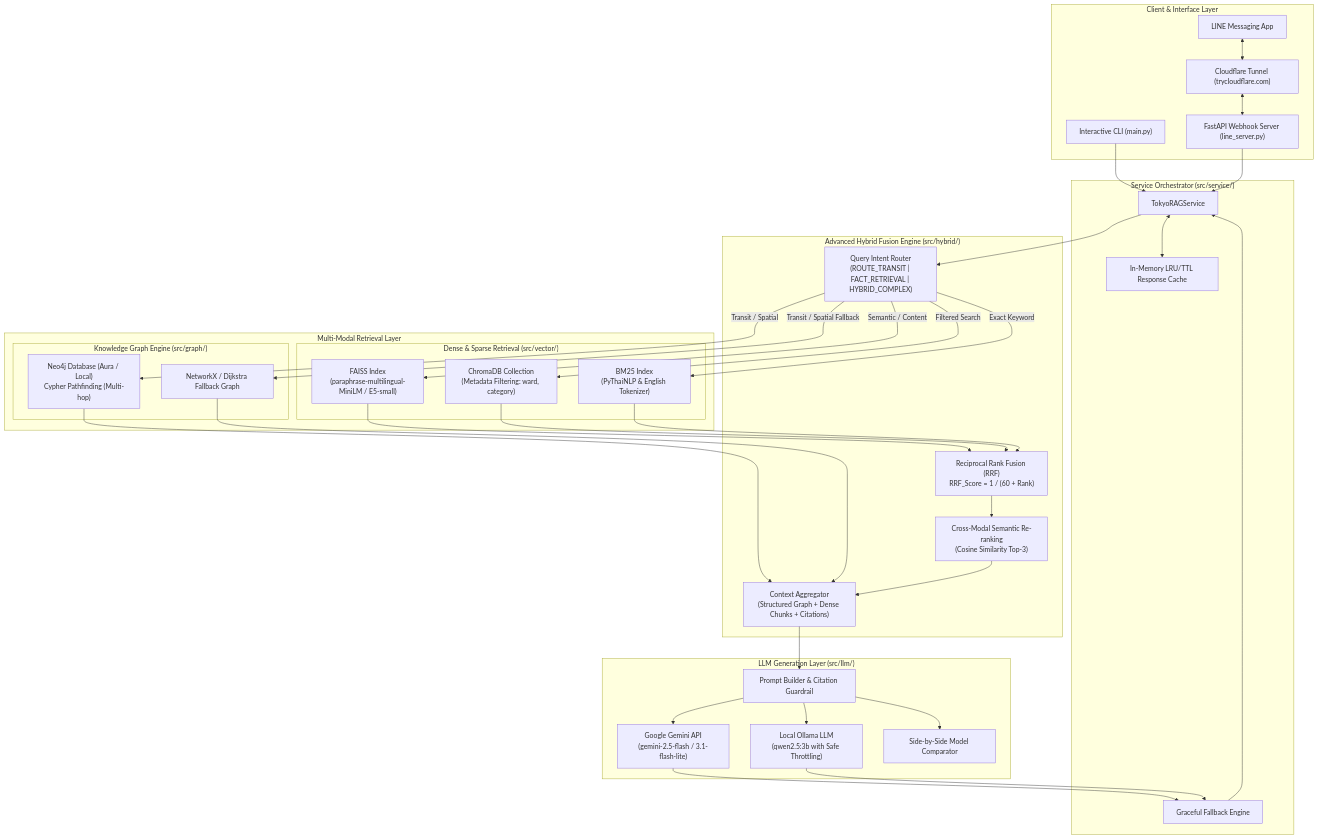
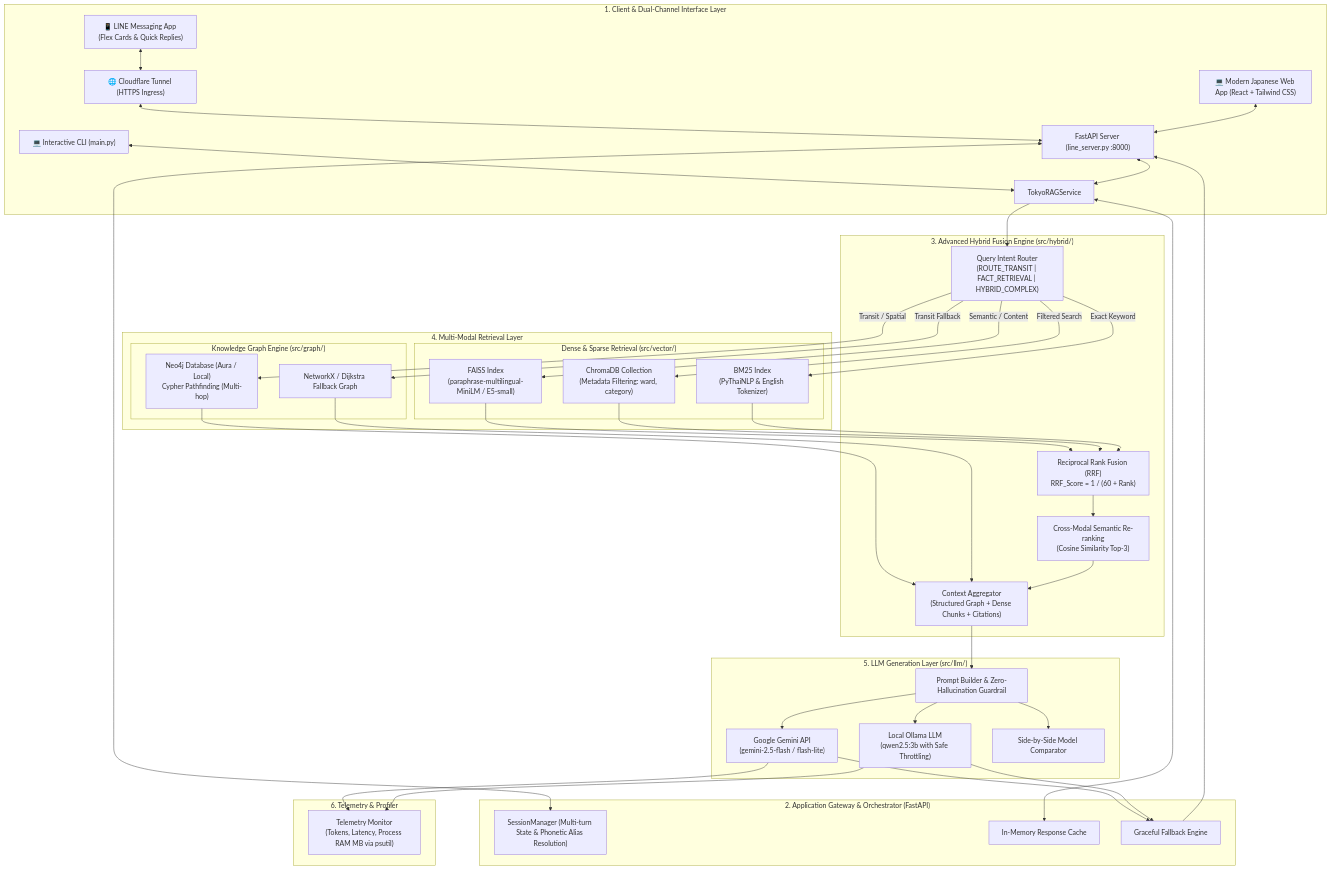
One commit to xhier2547/Rag_Tokyo_Line changed the diagram in README.md. Above: the diagram before and after it, drawn with Mermaid. The commit also changed other lines of this file and 1 other file, not shown here.

````diff
--- a/README.md
+++ b/README.md
@@ -49,64 +52,73 @@
 ```mermaid
 flowchart TD
-    subgraph ClientLayer ["Client & Interface Layer"]
-        CLI["Interactive CLI (main.py)"]
-        LINE["LINE Messaging App"]
-        WebHook["FastAPI Webhook Server (line_server.py)"]
-        Tunnel["Cloudflare Tunnel (trycloudflare.com)"]
-        LINE <--> Tunnel <--> WebHook
+    subgraph ClientLayer ["1. Client & Dual-Channel Interface Layer"]
+        LINE["📱 LINE Messaging App (Flex Cards & Quick Replies)"]
+        WEB["💻 Modern Japanese Web App (React + Tailwind CSS)"]
+        CLI["💻 Interactive CLI (main.py)"]
+        TUNNEL["🌐 Cloudflare Tunnel (HTTPS Ingress)"]
+        LINE <--> TUNNEL <--> WebHook
+        WEB <--> WebHook
+        CLI <--> RAGService
     end
 
-    subgraph ServiceLayer ["Service Orchestrator (src/service/)"]
+    subgraph ServiceLayer ["2. Application Gateway & Orchestrator (FastAPI)"]
+        WebHook["FastAPI Server (line_server.py :8000)"]
+        SessionMgr["SessionManager (Multi-turn State & Phonetic Alias Resolution)"]
         RAGService["TokyoRAGService"]
-        Cache["In-Memory LRU/TTL Response Cache"]
+        Cache["In-Memory Response Cache"]
         Fallback["Graceful Fallback Engine"]
+        WebHook <--> SessionMgr
+        WebHook <--> RAGService
+        RAGService <--> Cache
     end
 
-    subgraph HybridEngine ["Advanced Hybrid Fusion Engine (src/hybrid/)"]
+    subgraph HybridEngine ["3. Advanced Hybrid Fusion Engine (src/hybrid/)"]
         Router["Query Intent Router\n(ROUTE_TRANSIT | FACT_RETRIEVAL | HYBRID_COMPLEX)"]
         RRF["Reciprocal Rank Fusion (RRF)\nRRF_Score = 1 / (60 + Rank)"]
         ReRanker["Cross-Modal Semantic Re-ranking\n(Cosine Similarity Top-3)"]
         ContextAssembler["Context Aggregator\n(Structured Graph + Dense Chunks + Citations)"]
+        RAGService --> Router
     end
 
-    subgraph RetrievalLayer ["Multi-Modal Retrieval Layer"]
+    subgraph RetrievalLayer ["4. Multi-Modal Retrieval Layer"]
         subgraph DenseSparse ["Dense & Sparse Retrieval (src/vector/)"]
             FAISS["FAISS Index\n(paraphrase-multilingual-MiniLM / E5-small)"]
             Chroma["ChromaDB Collection\n(Metadata Filtering: ward, category)"]
             BM25["BM25 Index\n(PyThaiNLP & English Tokenizer)"]
         end
         subgraph GraphDB ["Knowledge Graph Engine (src/graph/)"]
             Neo4j["Neo4j Database (Aura / Local)\nCypher Pathfinding (Multi-hop)"]
             GraphCache["NetworkX / Dijkstra Fallback Graph"]
         end
     end
 
-    subgraph LLMLayer ["LLM Generation Layer (src/llm/)"]
-        PromptBuilder["Prompt Builder & Citation Guardrail"]
-        GeminiClient["Google Gemini API\n(gemini-2.5-flash / 3.1-flash-lite)"]
+    subgraph LLMLayer ["5. LLM Generation Layer (src/llm/)"]
+        PromptBuilder["Prompt Builder & Zero-Hallucination Guardrail"]
+        GeminiClient["Google Gemini API\n(gemini-2.5-flash / flash-lite)"]
         LocalClient["Local Ollama LLM\n(qwen2.5:3b with Safe Throttling)"]
         Comparator["Side-by-Side Model Comparator"]
     end
 
-    CLI --> RAGService
-    WebHook --> RAGService
-    RAGService <--> Cache
-    RAGService --> Router
+    subgraph TelemetryLayer ["6. Telemetry & Profiler"]
+        Telemetry["Telemetry Monitor\n(Tokens, Latency, Process RAM MB via psutil)"]
+        GeminiClient --> Telemetry
+        LocalClient --> Telemetry
+    end
 
     Router -->|Transit / Spatial| Neo4j
-    Router -->|Transit / Spatial Fallback| GraphCache
+    Router -->|Transit Fallback| GraphCache
     Router -->|Semantic / Content| FAISS
     Router -->|Filtered Search| Chroma
     Router -->|Exact Keyword| BM25
 
     FAISS & Chroma & BM25 --> RRF
     Neo4j & GraphCache --> ContextAssembler
     RRF --> ReRanker --> ContextAssembler
 
     ContextAssembler --> PromptBuilder
     PromptBuilder --> GeminiClient
     PromptBuilder --> LocalClient
     PromptBuilder --> Comparator
 
-    GeminiClient & LocalClient --> Fallback --> RAGService
+    GeminiClient & LocalClient --> Fallback --> WebHook
 ```
````
